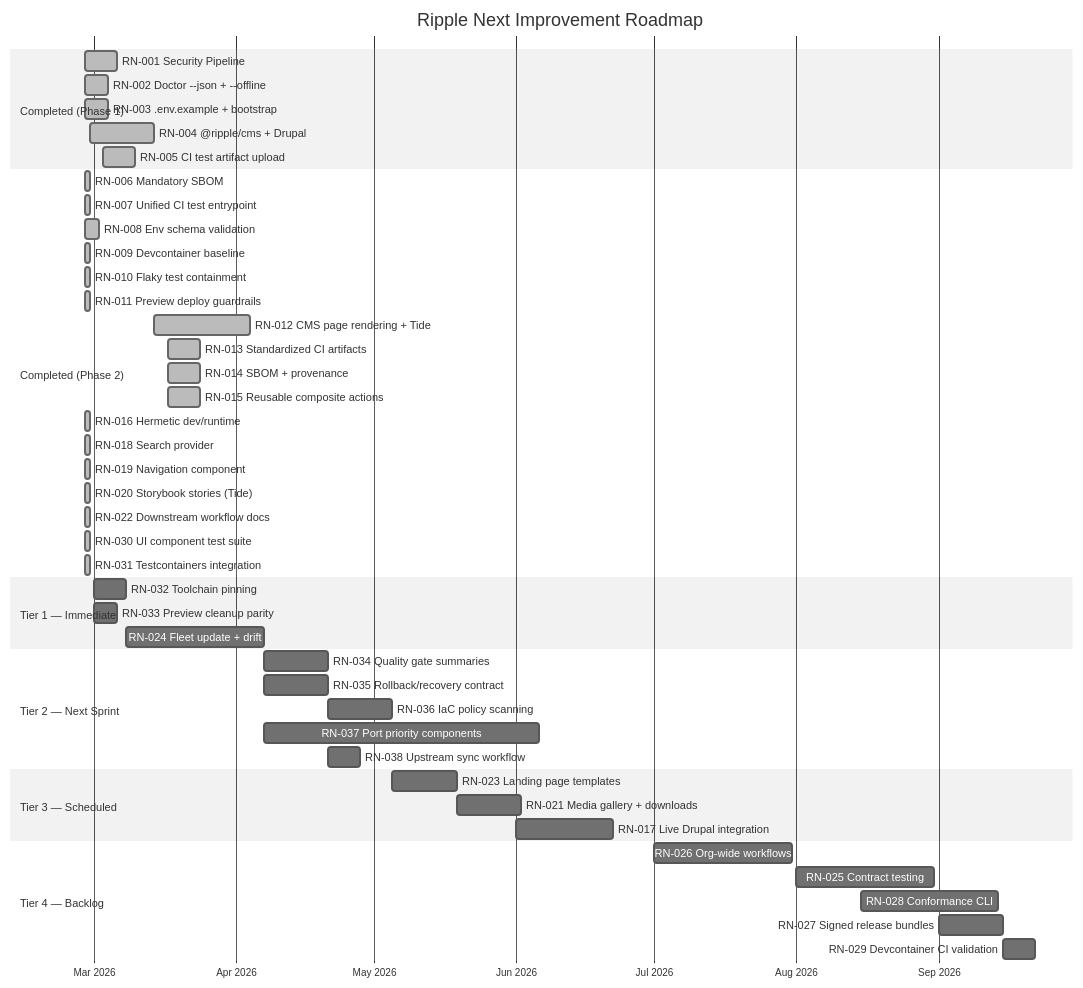
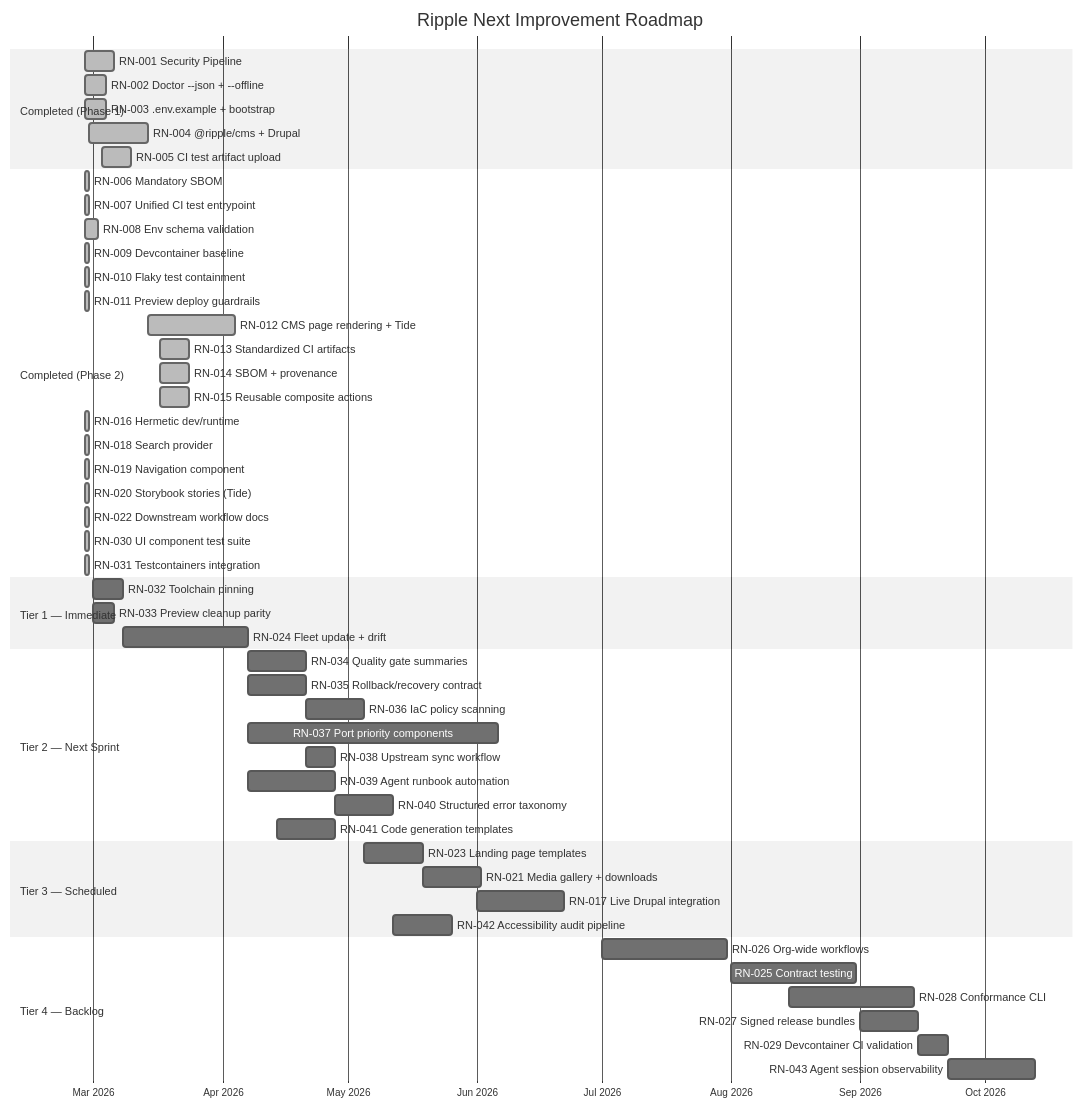
The second of 6 diagrams in docs/product-roadmap/README.md (jbejenar/ripple-next), drawn with Mermaid (neutral theme) before and after one commit. The commit also changed other lines of this file and 7 other files, not shown here.

First line of the commit message:
docs: advance roadmap to v5.0.0 with AI-first workflow strategy (ADR-018)

````diff
--- a/docs/product-roadmap/README.md
+++ b/docs/product-roadmap/README.md
@@ -432,56 +553,61 @@
 ```mermaid
 gantt
     title Ripple Next Improvement Roadmap
     dateFormat YYYY-MM-DD
     axisFormat %b %Y
 
     section Completed (Phase 1)
     RN-001 Security Pipeline              :done, rn001, 2026-02-27, 7d
     RN-002 Doctor --json + --offline       :done, rn002, 2026-02-27, 5d
     RN-003 .env.example + bootstrap        :done, rn003, 2026-02-27, 5d
     RN-004 @ripple/cms + Drupal            :done, rn004, 2026-02-28, 14d
     RN-005 CI test artifact upload         :done, rn005, 2026-03-03, 7d
 
     section Completed (Phase 2)
     RN-006 Mandatory SBOM                  :done, rn006, 2026-02-27, 1d
     RN-007 Unified CI test entrypoint      :done, rn007, 2026-02-27, 1d
     RN-008 Env schema validation           :done, rn008, 2026-02-27, 3d
     RN-009 Devcontainer baseline           :done, rn009, 2026-02-27, 1d
     RN-010 Flaky test containment          :done, rn010, 2026-02-27, 1d
     RN-011 Preview deploy guardrails       :done, rn011, 2026-02-27, 1d
     RN-012 CMS page rendering + Tide       :done, rn012, 2026-03-14, 21d
     RN-013 Standardized CI artifacts       :done, rn013, 2026-03-17, 7d
     RN-014 SBOM + provenance               :done, rn014, 2026-03-17, 7d
     RN-015 Reusable composite actions      :done, rn015, 2026-03-17, 7d
     RN-016 Hermetic dev/runtime            :done, rn016, 2026-02-27, 1d
     RN-018 Search provider                 :done, rn018, 2026-02-27, 1d
     RN-019 Navigation component            :done, rn019, 2026-02-27, 1d
     RN-020 Storybook stories (Tide)        :done, rn020, 2026-02-27, 1d
     RN-022 Downstream workflow docs        :done, rn022, 2026-02-27, 1d
     RN-030 UI component test suite         :done, rn030, 2026-02-27, 1d
     RN-031 Testcontainers integration      :done, rn031, 2026-02-27, 1d
 
     section Tier 1 — Immediate
     RN-032 Toolchain pinning               :rn032, 2026-03-01, 7d
     RN-033 Preview cleanup parity          :rn033, 2026-03-01, 5d
     RN-024 Fleet update + drift            :rn024, 2026-03-08, 30d
 
     section Tier 2 — Next Sprint
     RN-034 Quality gate summaries          :rn034, 2026-04-07, 14d
     RN-035 Rollback/recovery contract      :rn035, 2026-04-07, 14d
     RN-036 IaC policy scanning             :rn036, 2026-04-21, 14d
     RN-037 Port priority components        :rn037, 2026-04-07, 60d
     RN-038 Upstream sync workflow          :rn038, 2026-04-21, 7d
+    RN-039 Agent runbook automation        :rn039, 2026-04-07, 21d
+    RN-040 Structured error taxonomy       :rn040, 2026-04-28, 14d
+    RN-041 Code generation templates       :rn041, 2026-04-14, 14d
 
     section Tier 3 — Scheduled
     RN-023 Landing page templates          :rn023, 2026-05-05, 14d
     RN-021 Media gallery + downloads       :rn021, 2026-05-19, 14d
     RN-017 Live Drupal integration         :rn017, 2026-06-01, 21d
+    RN-042 Accessibility audit pipeline    :rn042, 2026-05-12, 14d
 
     section Tier 4 — Backlog
     RN-026 Org-wide workflows              :rn026, 2026-07-01, 30d
     RN-025 Contract testing                :rn025, 2026-08-01, 30d
     RN-028 Conformance CLI                 :rn028, 2026-08-15, 30d
     RN-027 Signed release bundles          :rn027, 2026-09-01, 14d
     RN-029 Devcontainer CI validation      :rn029, 2026-09-15, 7d
+    RN-043 Agent session observability     :rn043, 2026-09-22, 21d
 ```
````
